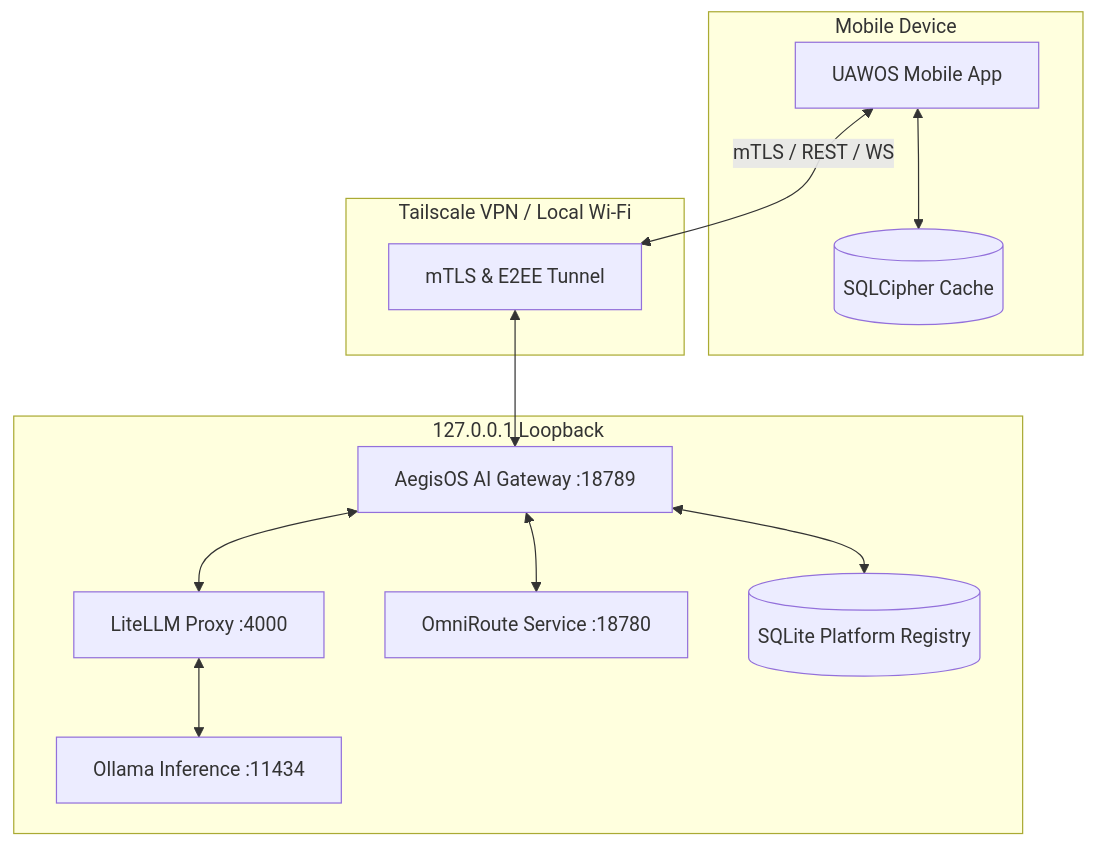
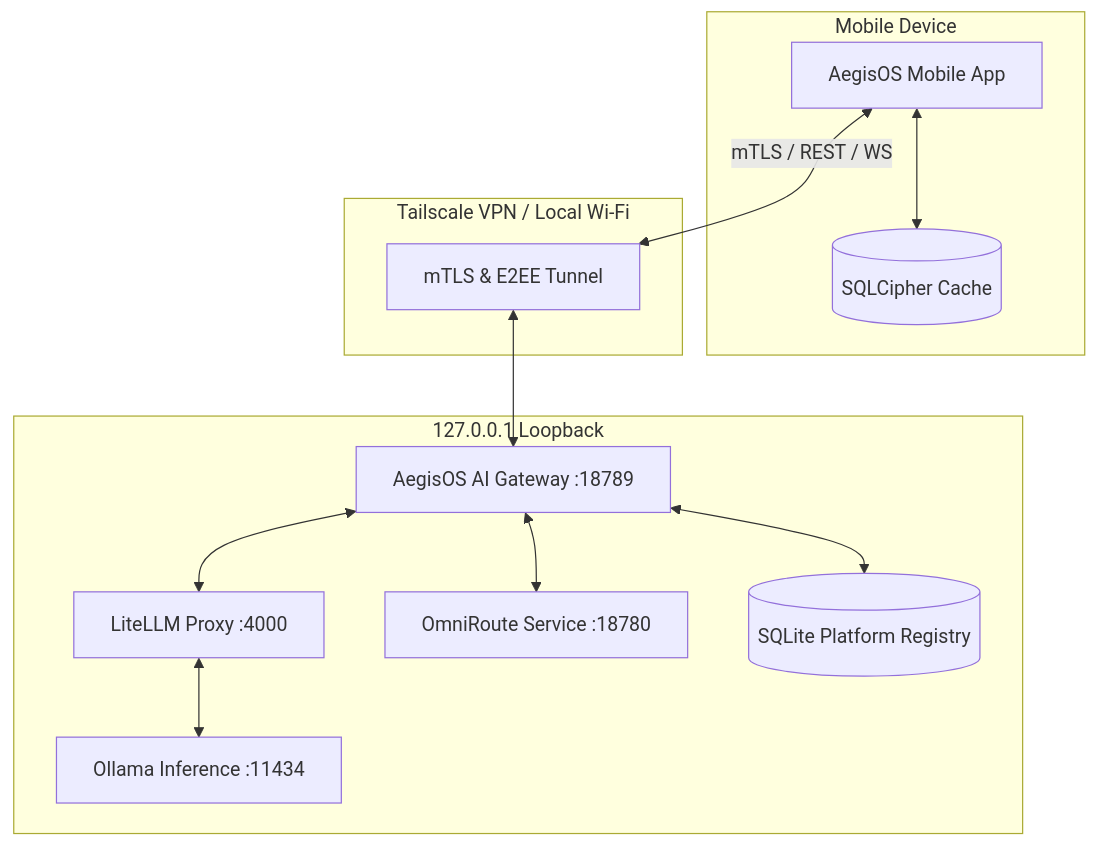
Before and after one commit to rjmad1/AegisOS: the first of 2 diagrams in docs/mobile/ArchitectureOverview.md, drawn with Mermaid. The commit also changed other lines of this file and 105 other files, not shown here.

Commit message:
feat: implement Aegis mobile application core and backend mobile API integration including command, auth, and assistant control systems

````diff
--- a/docs/mobile/ArchitectureOverview.md
+++ b/docs/mobile/ArchitectureOverview.md
@@ -11,28 +13,28 @@
 ```mermaid
 graph TD
     subgraph Mobile Device
-        App[UAWOS Mobile App]
+        App[AegisOS Mobile App]
         DB[(SQLCipher Cache)]
         App <--> DB
     end
 
     subgraph Network Boundary [Tailscale VPN / Local Wi-Fi]
         E2EE[mTLS & E2EE Tunnel]
     end
 
     subgraph Workstation Host [127.0.0.1 Loopback]
         Gateway[AegisOS AI Gateway :18789]
         Router[LiteLLM Proxy :4000]
         Metrics[OmniRoute Service :18780]
         ModelEngine[Ollama Inference :11434]
         SysDB[(SQLite Platform Registry)]
         
         Gateway <--> Router
         Gateway <--> Metrics
         Router <--> ModelEngine
         Gateway <--> SysDB
     end
 
     App <-->|mTLS / REST / WS| E2EE
     E2EE <--> Gateway
 ```
````
